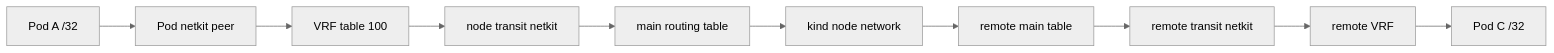
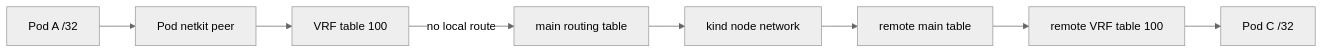
One commit to SRodi/srodi.github.io changed the fifth of 5 diagrams in _posts/2026-08-22-build-a-kubernetes-cni-with-netkit-and-vrf.md. Above: the diagram before and after it, drawn with Mermaid (neutral theme). The commit also changed other lines of this file, not shown here.

Commit message:
Update netkit CNI routing architecture

````diff
--- a/_posts/2026-08-22-build-a-kubernetes-cni-with-netkit-and-vrf.md
+++ b/_posts/2026-08-22-build-a-kubernetes-cni-with-netkit-and-vrf.md
@@ -508,12 +482,10 @@
 ```mermaid
 flowchart LR
     A[Pod A /32] --> NP[Pod netkit peer]
     NP --> VRF[VRF table 100]
-    VRF --> TV[node transit netkit]
-    TV --> MR[main routing table]
+    VRF -->|no local route| MR[main routing table]
     MR --> U[kind node network]
     U --> RM[remote main table]
-    RM --> RT[remote transit netkit]
-    RT --> RV[remote VRF]
+    RM --> RV[remote VRF table 100]
     RV --> C[Pod C /32]
 ```
````
